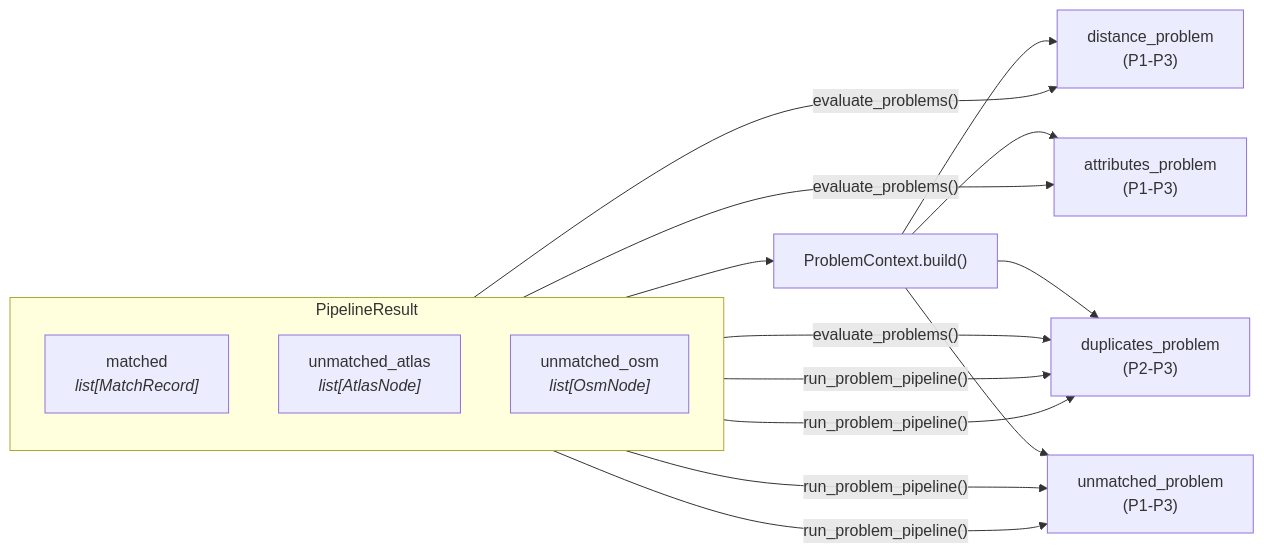
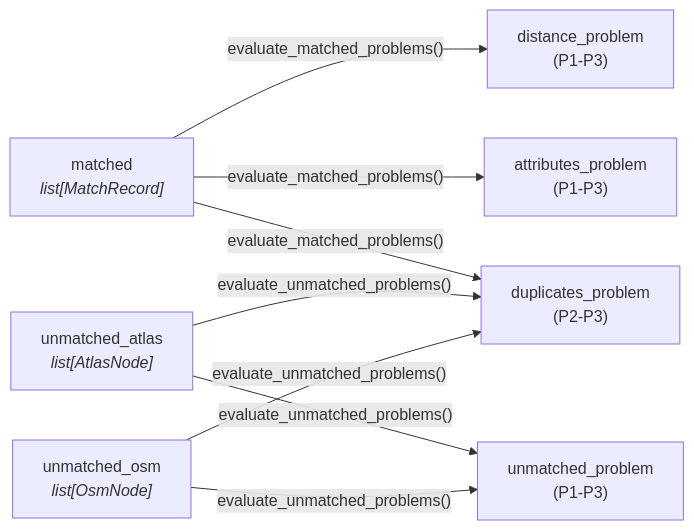
One commit to openTdataCH/stop_sync_osm_atlas changed the second of 2 diagrams in documentation/3.1 Stop Problems.md. Above: the diagram before and after it, drawn with Mermaid. The commit also changed other lines of this file and 10 other files, not shown here.

````diff
--- a/documentation/3.1 Stop Problems.md
+++ b/documentation/3.1 Stop Problems.md
@@ -11,20 +27,12 @@
 ```mermaid
 flowchart LR
-    subgraph Input["PipelineResult"]
-        direction TB
-        M["matched<br/><i>list[MatchRecord]</i>"]
-        UA["unmatched_atlas<br/><i>list[AtlasNode]</i>"]
-        UO["unmatched_osm<br/><i>list[OsmNode]</i>"]
-    end
+    M["matched<br/><i>list[MatchRecord]</i>"]
+    UA["unmatched_atlas<br/><i>list[AtlasNode]</i>"]
+    UO["unmatched_osm<br/><i>list[OsmNode]</i>"]
 
-    CTX["ProblemContext.build()"]
-    Input --> CTX
-
-    CTX --> D["distance_problem<br/>(P1-P3)"]
-    CTX --> A["attributes_problem<br/>(P1-P3)"]
-    CTX --> DUP["duplicates_problem<br/>(P2-P3)"]
-    CTX --> ISO["unmatched_problem<br/>(P1-P3)"]
-
-    M -->|"evaluate_problems()"| D & A & DUP
-    UA & UO -->|"run_problem_pipeline()"| ISO & DUP
+    M -->|"evaluate_matched_problems()"| D["distance_problem<br/>(P1-P3)"]
+    M -->|"evaluate_matched_problems()"| A["attributes_problem<br/>(P1-P3)"]
+    M -->|"evaluate_matched_problems()"| DUP["duplicates_problem<br/>(P2-P3)"]
+    UA & UO -->|"evaluate_unmatched_problems()"| ISO["unmatched_problem<br/>(P1-P3)"]
+    UA & UO -->|"evaluate_unmatched_problems()"| DUP
 ```
````
